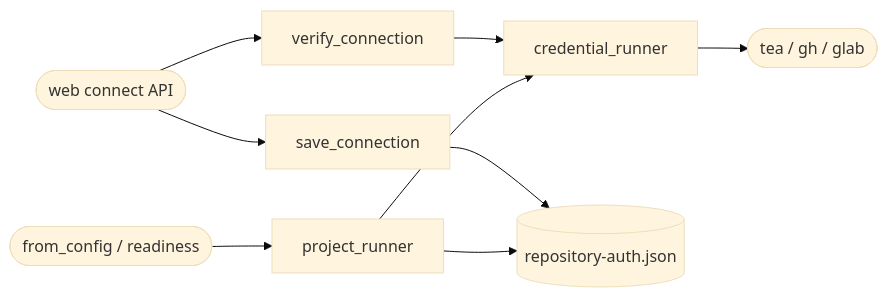
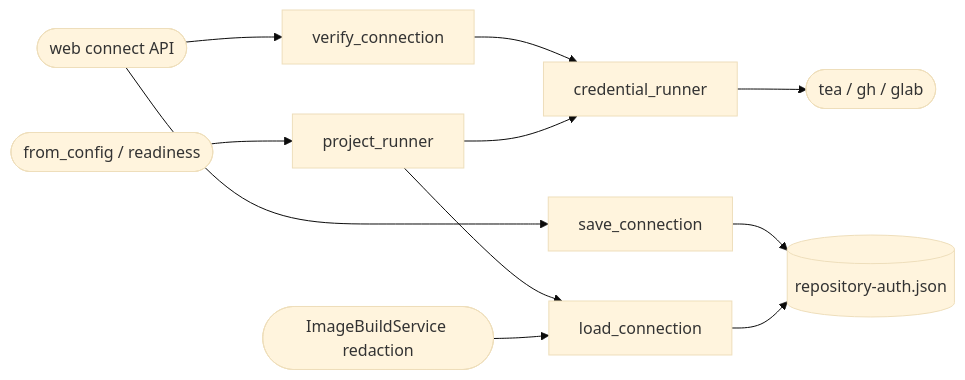
One commit to DDP-Engineering/AgenticDeliveryOrchestratorRuntimeEngine changed the diagram in .agentic/knowledge/repository-auth.md. Above: the diagram before and after it, drawn with Mermaid (base theme). The commit also changed other lines of this file and 41 other files, not shown here.

````diff
--- a/.agentic/knowledge/repository-auth.md
+++ b/.agentic/knowledge/repository-auth.md
@@ -45,11 +52,13 @@
 ```mermaid
 flowchart LR
     api([web connect API]) --> verify[verify_connection]
     verify --> runner[credential_runner]
     runner --> cli([tea / gh / glab])
     api --> save[save_connection]
     save --> secret[(repository-auth.json)]
     engine([from_config / readiness]) --> load[project_runner]
-    load --> secret
+    load --> read[load_connection]
+    read --> secret
+    images([ImageBuildService redaction]) --> read
     load --> runner
 ```
````
